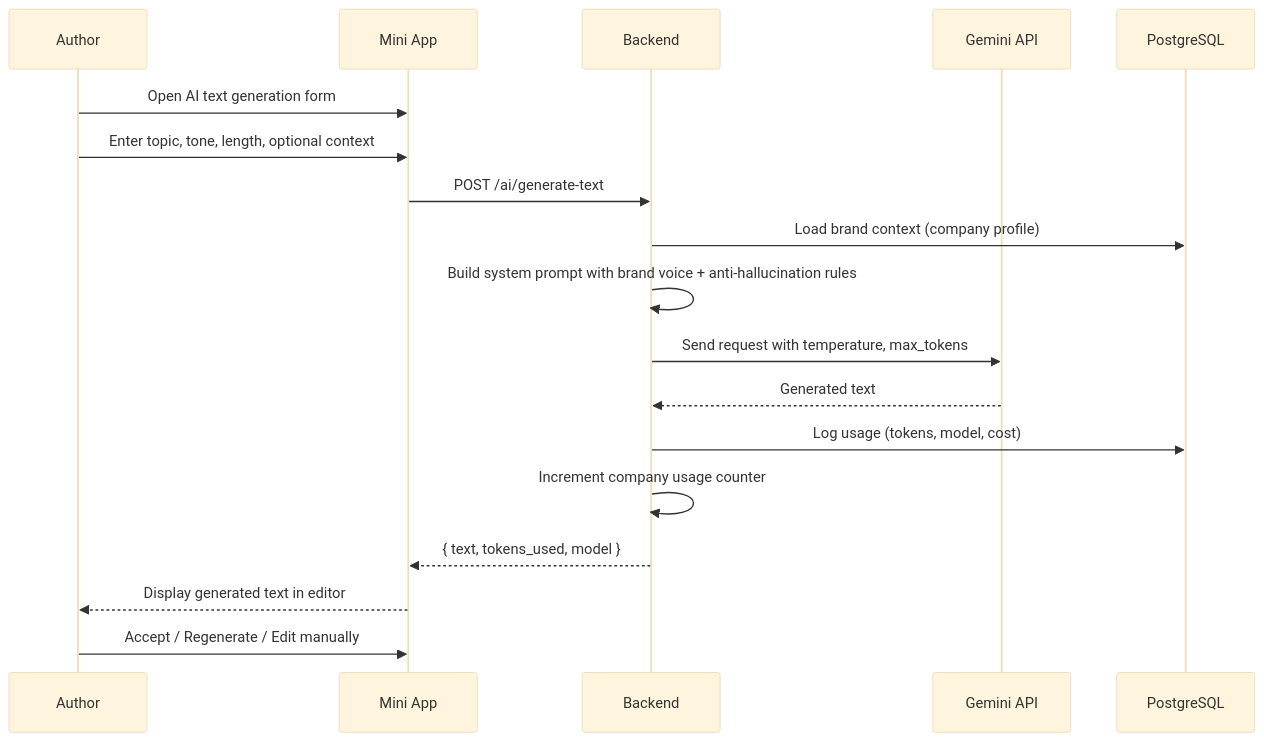
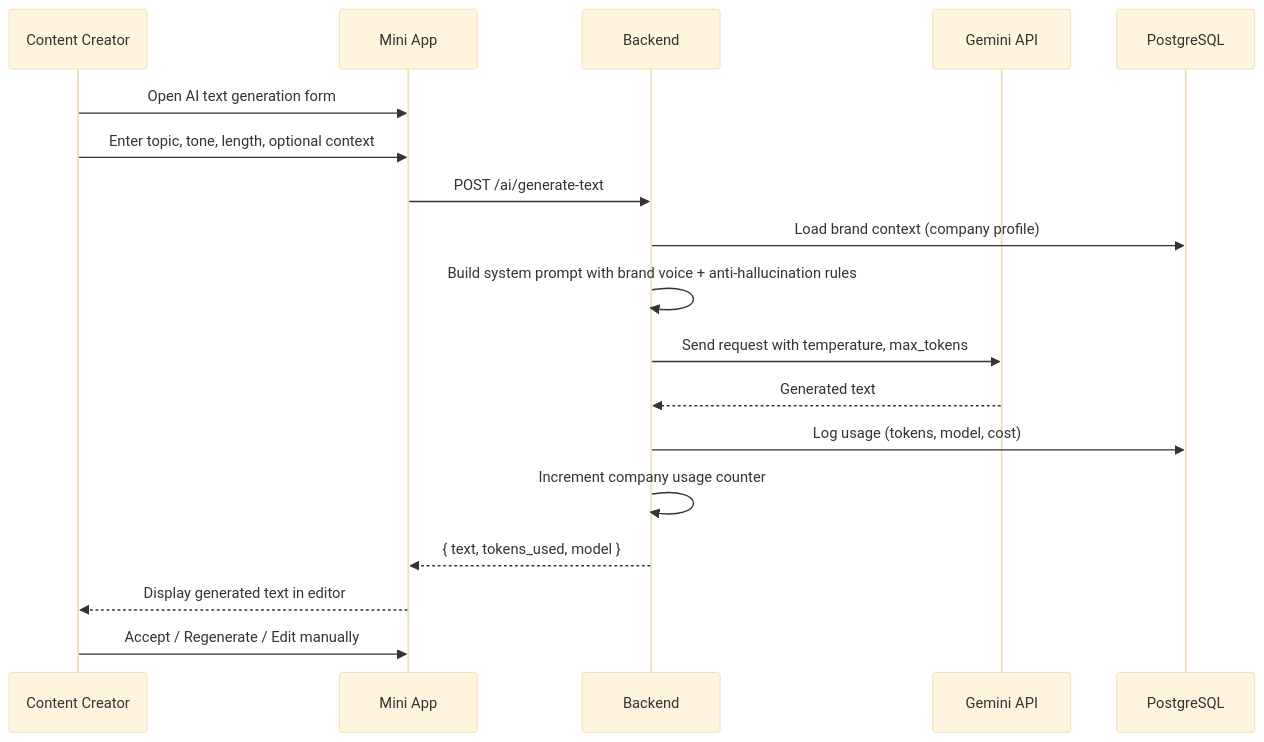
The eighth of 12 diagrams in docs/07-user-flows-and-state-machines.md (Lido01/socialpilot-ai), drawn with Mermaid (base theme) before and after one commit. The commit also changed other lines of this file, not shown here.

Commit message:
docs: update user flows and state machines for 3-role model (Company Admin, Content Creator)

````diff
--- a/docs/07-user-flows-and-state-machines.md
+++ b/docs/07-user-flows-and-state-machines.md
@@ -260,21 +260,21 @@
 ```mermaid
 sequenceDiagram
-    participant U as Author
+    participant U as Content Creator
     participant MA as Mini App
     participant BE as Backend
     participant AI as Gemini API
     participant DB as PostgreSQL
 
     U->>MA: Open AI text generation form
     U->>MA: Enter topic, tone, length, optional context
     MA->>BE: POST /ai/generate-text
     BE->>DB: Load brand context (company profile)
     BE->>BE: Build system prompt with brand voice + anti-hallucination rules
     BE->>AI: Send request with temperature, max_tokens
     AI-->>BE: Generated text
     BE->>DB: Log usage (tokens, model, cost)
     BE->>BE: Increment company usage counter
     BE-->>MA: { text, tokens_used, model }
     MA-->>U: Display generated text in editor
     U->>MA: Accept / Regenerate / Edit manually
 ```
````
